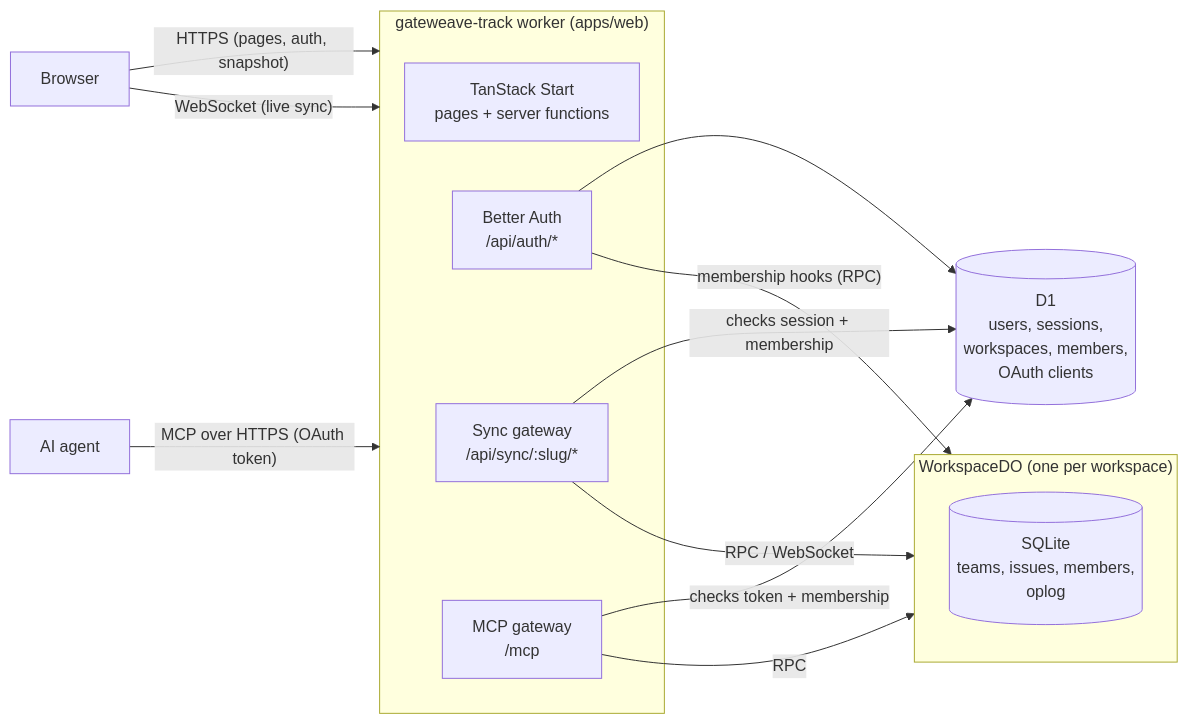
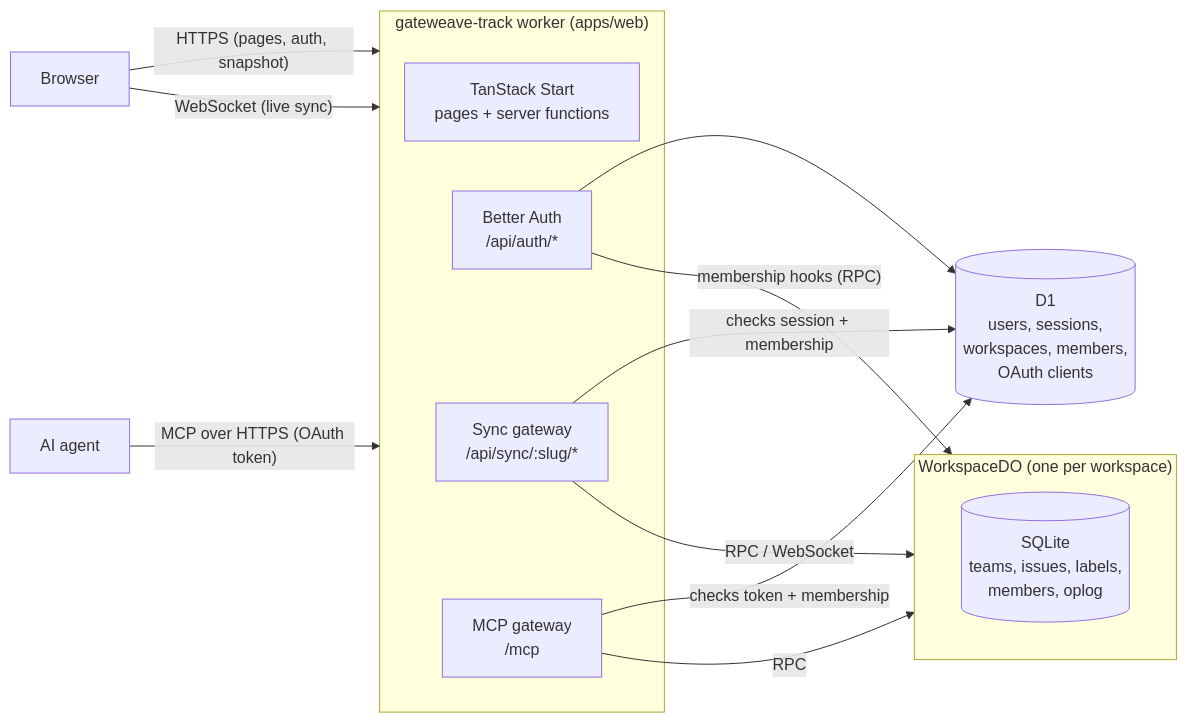
One commit to gateweavehq/track changed the diagram in docs/architecture.md. Above: the diagram before and after it, drawn with Mermaid. The commit also changed other lines of this file and 39 other files, not shown here.

First line of the commit message:
feat: labels for issues (#17)

````diff
--- a/docs/architecture.md
+++ b/docs/architecture.md
@@ -8,21 +8,21 @@
 ```mermaid
 flowchart LR
   Browser -- "HTTPS (pages, auth, snapshot)" --> Worker
   Browser -- "WebSocket (live sync)" --> Worker
   Agent["AI agent"] -- "MCP over HTTPS (OAuth token)" --> Worker
   subgraph Worker["gateweave-track worker (apps/web)"]
     Start["TanStack Start<br/>pages + server functions"]
     Auth["Better Auth<br/>/api/auth/*"]
     Gateway["Sync gateway<br/>/api/sync/:slug/*"]
     Mcp["MCP gateway<br/>/mcp"]
   end
   Auth --> D1[("D1<br/>users, sessions,<br/>workspaces, members,<br/>OAuth clients")]
   Gateway -- "checks session + membership" --> D1
   Gateway -- "RPC / WebSocket" --> DO
   Mcp -- "checks token + membership" --> D1
   Mcp -- "RPC" --> DO
   Auth -- "membership hooks (RPC)" --> DO
   subgraph DO["WorkspaceDO (one per workspace)"]
-    SQLite[("SQLite<br/>teams, issues, members,<br/>oplog")]
+    SQLite[("SQLite<br/>teams, issues, labels,<br/>members, oplog")]
   end
 ```
````
